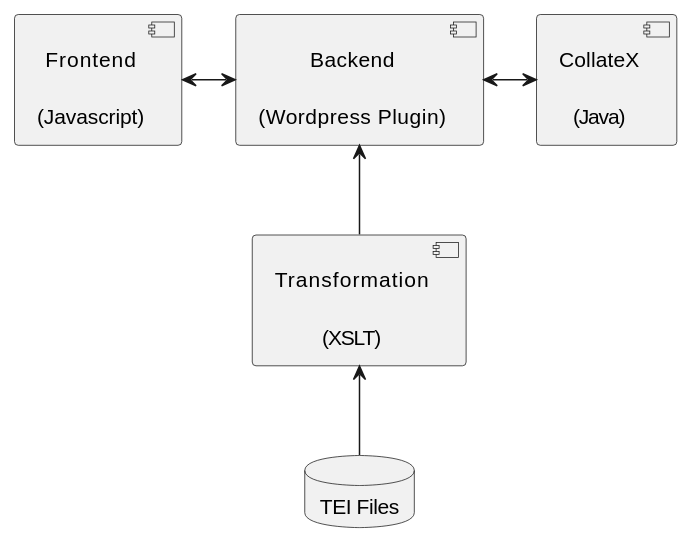
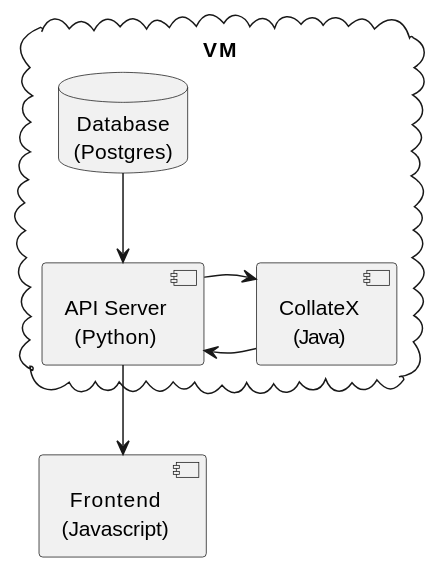
Before and after one commit to cceh/capitularia: the second of 2 diagrams in doc_src/collation_tool.rst, drawn with PlantUML. The commit also changed other lines of this file and 100 other files, not shown here.

```diff
--- a/doc_src/collation_tool.rst
+++ b/doc_src/collation_tool.rst
@@ -9,19 +75,19 @@
 .. uml::
    :align: center
-   :caption: Collation Tool
+   :caption: Data flow during collation
 
    skinparam backgroundColor transparent
    skinparam DefaultTextAlignment center
+   skinparam componentStyle uml2
 
-   component "Frontend\n\n(Javascript)" as client
+   cloud "VM" {
+     database  "Database\n(Postgres)"   as db
+     component "API Server\n(Python)"   as api
+     component "CollateX\n(Java)"       as cx
+   }
+   component "Frontend\n(Javascript)" as client
 
-   component "Backend\n\n(Wordpress Plugin)" as api
-   component "CollateX\n\n(Java)"  as cx
-   component "Transformation\n\n(XSLT)"       as xslt
-
-   database "TEI Files"   as tei
-
-   client <-> api
-   api <-> cx
-   api <-- xslt
-   xslt <-- tei
+   db     --> api
+   api    --> client
+   api    <- cx
+   api    -> cx
```
